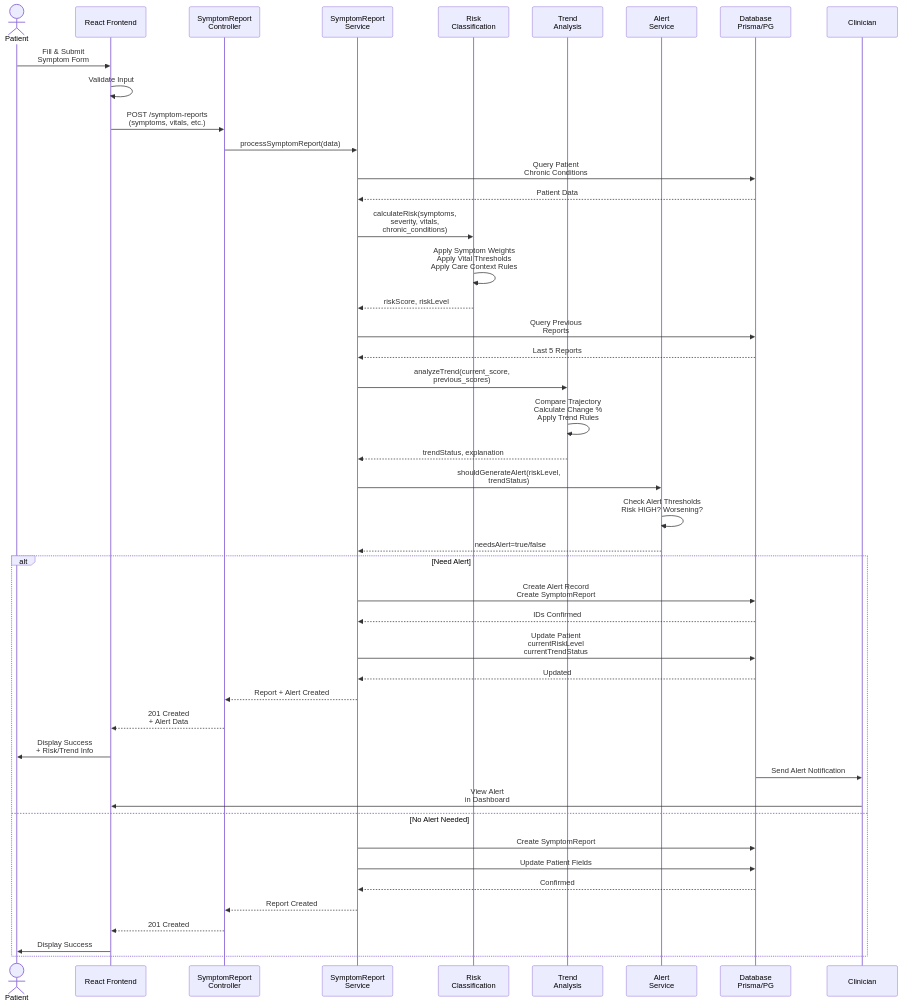
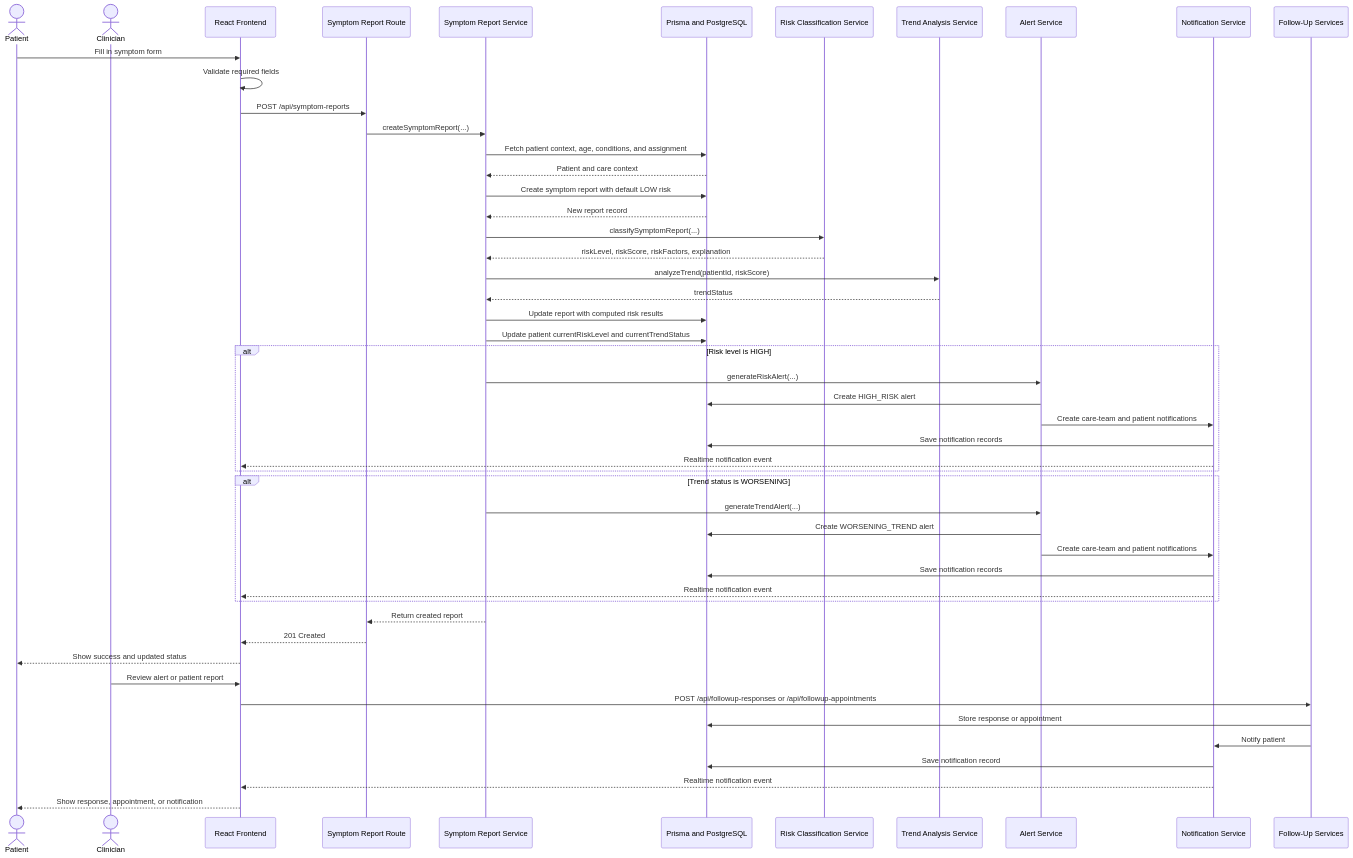
Before and after one commit to Mkayzw/backend: the fourth of 9 diagrams in MERMAID_DIAGRAMS.md, drawn with Mermaid. The commit also changed other lines of this file and 53 other files, not shown here.

````diff
--- a/MERMAID_DIAGRAMS.md
+++ b/MERMAID_DIAGRAMS.md
@@ -180,63 +194,62 @@
 ```mermaid
 sequenceDiagram
     actor Patient
+    actor Clinician
     participant Frontend as React Frontend
-    participant Controller as SymptomReport<br/>Controller
-    participant Service as SymptomReport<br/>Service
-    participant RiskSvc as Risk<br/>Classification
-    participant TrendSvc as Trend<br/>Analysis
-    participant AlertSvc as Alert<br/>Service
-    participant DB as Database<br/>Prisma/PG
-    participant Clinician
-    
-    Patient->>Frontend: Fill & Submit<br/>Symptom Form
-    Frontend->>Frontend: Validate Input
-    Frontend->>Controller: POST /symptom-reports<br/>(symptoms, vitals, etc.)
-    
-    Controller->>Service: processSymptomReport(data)
-    
-    Service->>DB: Query Patient<br/>Chronic Conditions
-    DB-->>Service: Patient Data
-    
-    Service->>RiskSvc: calculateRisk(symptoms,<br/>severity, vitals,<br/>chronic_conditions)
-    
-    RiskSvc->>RiskSvc: Apply Symptom Weights<br/>Apply Vital Thresholds<br/>Apply Care Context Rules
-    RiskSvc-->>Service: riskScore, riskLevel
-    
-    Service->>DB: Query Previous<br/>Reports
-    DB-->>Service: Last 5 Reports
-    
-    Service->>TrendSvc: analyzeTrend(current_score,<br/>previous_scores)
-    
-    TrendSvc->>TrendSvc: Compare Trajectory<br/>Calculate Change %<br/>Apply Trend Rules
-    TrendSvc-->>Service: trendStatus, explanation
-    
-    Service->>AlertSvc: shouldGenerateAlert(riskLevel,<br/>trendStatus)
-    
-    AlertSvc->>AlertSvc: Check Alert Thresholds<br/>Risk HIGH? Worsening?
-    AlertSvc-->>Service: needsAlert=true/false
-    
-    alt Need Alert
-        Service->>DB: Create Alert Record<br/>Create SymptomReport
-        DB-->>Service: IDs Confirmed
-        
-        Service->>DB: Update Patient<br/>currentRiskLevel<br/>currentTrendStatus
-        DB-->>Service: Updated
-        
-        Service-->>Controller: Report + Alert Created
-        Controller-->>Frontend: 201 Created<br/>+ Alert Data
-        
-        Frontend->>Patient: Display Success<br/>+ Risk/Trend Info
-        
-        DB->>Clinician: Send Alert Notification
-        Clinician->>Frontend: View Alert<br/>in Dashboard
-    else No Alert Needed
-        Service->>DB: Create SymptomReport
-        Service->>DB: Update Patient Fields
-        DB-->>Service: Confirmed
-        
-        Service-->>Controller: Report Created
-        Controller-->>Frontend: 201 Created
-        Frontend->>Patient: Display Success
+    participant Route as Symptom Report Route
+    participant Service as Symptom Report Service
+    participant DB as Prisma and PostgreSQL
+    participant Risk as Risk Classification Service
+    participant Trend as Trend Analysis Service
+    participant Alert as Alert Service
+    participant Notify as Notification Service
+    participant FollowUp as Follow-Up Services
+
+    Patient->>Frontend: Fill in symptom form
+    Frontend->>Frontend: Validate required fields
+    Frontend->>Route: POST /api/symptom-reports
+    Route->>Service: createSymptomReport(...)
+
+    Service->>DB: Fetch patient context, age, conditions, and assignment
+    DB-->>Service: Patient and care context
+
+    Service->>DB: Create symptom report with default LOW risk
+    DB-->>Service: New report record
+
+    Service->>Risk: classifySymptomReport(...)
+    Risk-->>Service: riskLevel, riskScore, riskFactors, explanation
+
+    Service->>Trend: analyzeTrend(patientId, riskScore)
+    Trend-->>Service: trendStatus
+
+    Service->>DB: Update report with computed risk results
+    Service->>DB: Update patient currentRiskLevel and currentTrendStatus
+
+    alt Risk level is HIGH
+        Service->>Alert: generateRiskAlert(...)
+        Alert->>DB: Create HIGH_RISK alert
+        Alert->>Notify: Create care-team and patient notifications
+        Notify->>DB: Save notification records
+        Notify-->>Frontend: Realtime notification event
     end
+
+    alt Trend status is WORSENING
+        Service->>Alert: generateTrendAlert(...)
+        Alert->>DB: Create WORSENING_TREND alert
+        Alert->>Notify: Create care-team and patient notifications
+        Notify->>DB: Save notification records
+        Notify-->>Frontend: Realtime notification event
+    end
+
+    Service-->>Route: Return created report
+    Route-->>Frontend: 201 Created
+    Frontend-->>Patient: Show success and updated status
+
+    Clinician->>Frontend: Review alert or patient report
+    Frontend->>FollowUp: POST /api/followup-responses or /api/followup-appointments
+    FollowUp->>DB: Store response or appointment
+    FollowUp->>Notify: Notify patient
+    Notify->>DB: Save notification record
+    Notify-->>Frontend: Realtime notification event
+    Frontend-->>Patient: Show response, appointment, or notification
 ```
````
